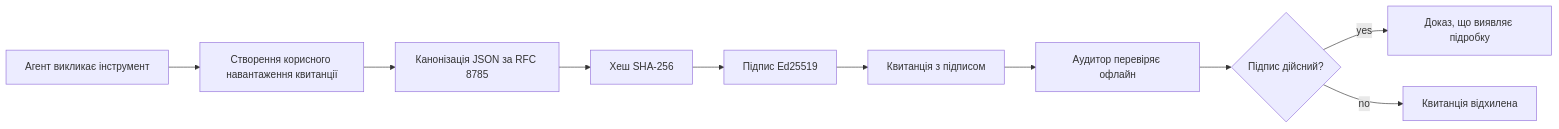
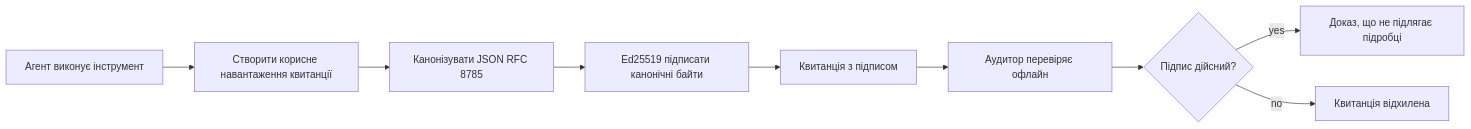
The first of 2 diagrams in translations/uk/18-securing-ai-agents/README.md (microsoft/ai-agents-for-beginners), drawn with Mermaid before and after one commit. The commit also changed other lines of this file and 45 other files, not shown here.

````diff
--- a/translations/uk/18-securing-ai-agents/README.md
+++ b/translations/uk/18-securing-ai-agents/README.md
@@ -51,12 +51,11 @@
 ```mermaid
 flowchart LR
-    A[Агент викликає інструмент] --> B[Створення корисного навантаження квитанції]
-    B --> C[Канонізація JSON за RFC 8785]
-    C --> D[Хеш SHA-256]
-    D --> E[Підпис Ed25519]
+    A[Агент виконує інструмент] --> B[Створити корисне навантаження квитанції]
+    B --> C[Канонізувати JSON RFC 8785]
+    C --> E[Ed25519 підписати канонічні байти]
     E --> F[Квитанція з підписом]
     F --> G[Аудитор перевіряє офлайн]
     G --> H{Підпис дійсний?}
-    H -- yes --> I[Доказ, що виявляє підробку]
+    H -- yes --> I[Доказ, що не підлягає підробці]
     H -- no --> J[Квитанція відхилена]
 ```
````
